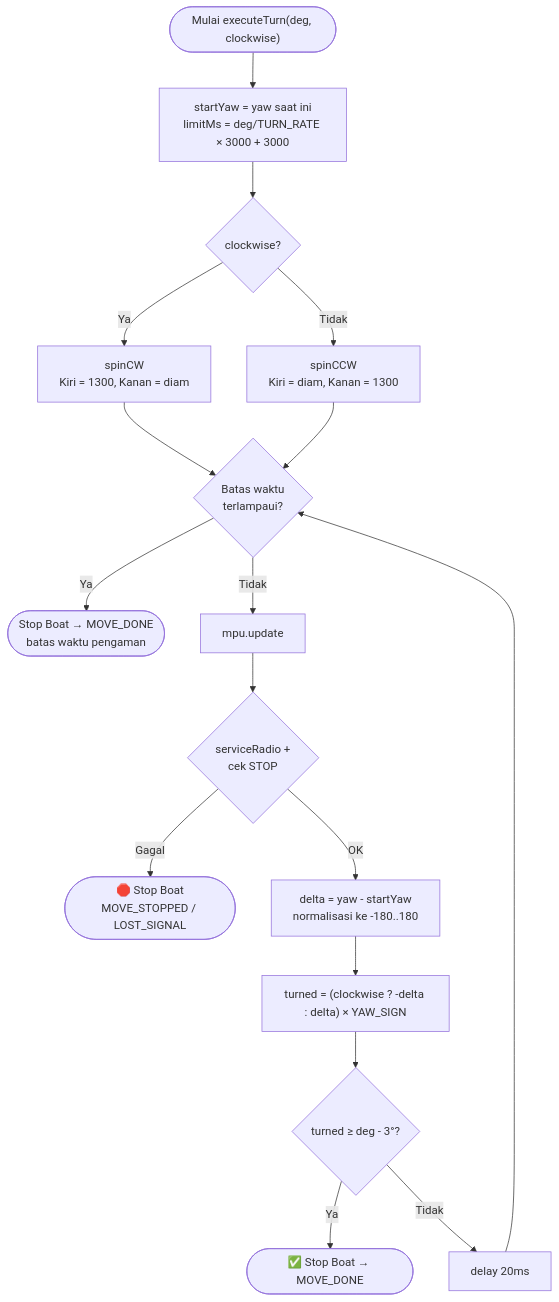
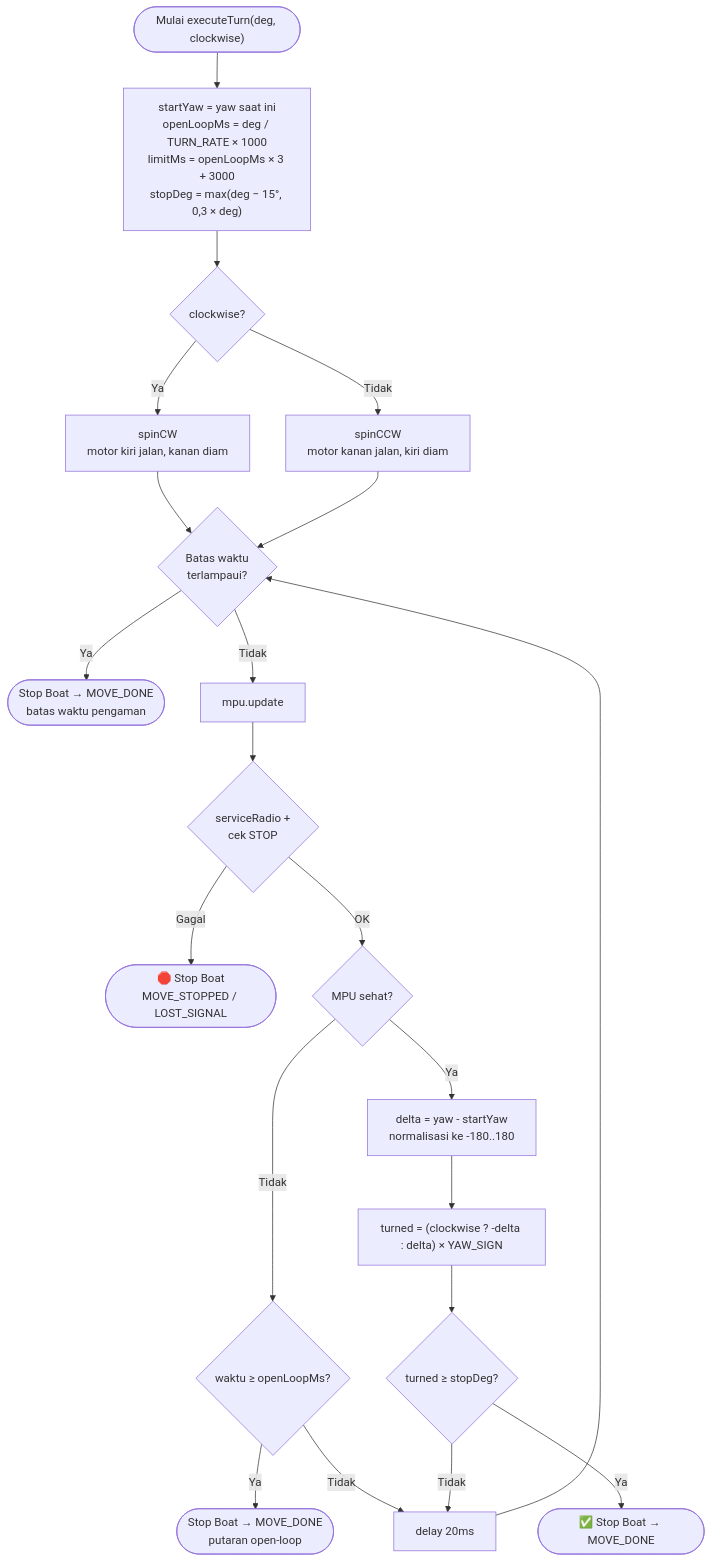
One commit to Xhorn7/Skripsi-PENGEMBANGAN-ROBOT-AKUATIK-UNTUK-FEEDER-OTOMATIS-DI-TAMBAK changed the seventh of 9 diagrams in flowchart.md. Above: the diagram before and after it, drawn with Mermaid. The commit also changed other lines of this file and 9 other files, not shown here.

First line of the commit message:
Samakan flowchart FW/belok dan screenshot GUI dengan kode terbaru

````diff
--- a/flowchart.md
+++ b/flowchart.md
@@ -217,19 +217,23 @@
 ```mermaid
 flowchart TD
-    ENTRY(["Mulai executeTurn(deg, clockwise)"]) --> INIT["startYaw = yaw saat ini<br/>limitMs = deg/TURN_RATE × 3000 + 3000"]
+    ENTRY(["Mulai executeTurn(deg, clockwise)"]) --> INIT["startYaw = yaw saat ini<br/>openLoopMs = deg / TURN_RATE × 1000<br/>limitMs = openLoopMs × 3 + 3000<br/>stopDeg = max(deg − 15°, 0,3 × deg)"]
     INIT --> SPIN{clockwise?}
-    SPIN -- Ya --> CW["spinCW<br/>Kiri = 1300, Kanan = diam"]
-    SPIN -- Tidak --> CCW["spinCCW<br/>Kiri = diam, Kanan = 1300"]
+    SPIN -- Ya --> CW["spinCW<br/>motor kiri jalan, kanan diam"]
+    SPIN -- Tidak --> CCW["spinCCW<br/>motor kanan jalan, kiri diam"]
     CW --> LOOP
     CCW --> LOOP{Batas waktu<br/>terlampaui?}
     LOOP -- Ya --> TIMEOUT([Stop Boat → MOVE_DONE<br/>batas waktu pengaman])
     LOOP -- Tidak --> UPD[mpu.update]
     UPD --> SIG{"serviceRadio +<br/>cek STOP"}
     SIG -- "Gagal" --> ABORT([🛑 Stop Boat<br/>MOVE_STOPPED / LOST_SIGNAL])
-    SIG -- OK --> DELTA["delta = yaw - startYaw<br/>normalisasi ke -180..180"]
+    SIG -- OK --> MPUOK{MPU sehat?}
+    MPUOK -- Tidak --> OPEN{"waktu ≥ openLoopMs?"}
+    OPEN -- Ya --> OPENDONE([Stop Boat → MOVE_DONE<br/>putaran open-loop])
+    OPEN -- Tidak --> DELAY
+    MPUOK -- Ya --> DELTA["delta = yaw - startYaw<br/>normalisasi ke -180..180"]
     DELTA --> TURNED["turned = (clockwise ? -delta : delta) × YAW_SIGN"]
-    TURNED --> REACH{"turned ≥ deg - 3°?"}
+    TURNED --> REACH{"turned ≥ stopDeg?"}
     REACH -- Ya --> DONE([✅ Stop Boat → MOVE_DONE])
     REACH -- Tidak --> DELAY[delay 20ms]
     DELAY --> LOOP
 ```
````
